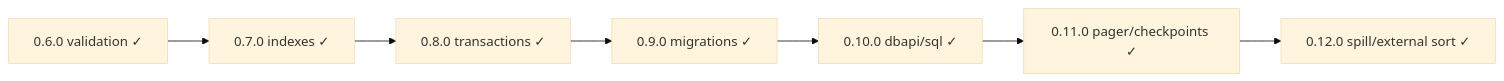
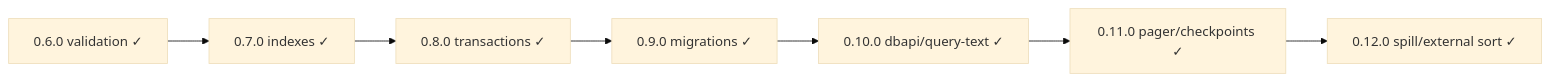
The first of 2 diagrams in ROADMAP.md (eddiethedean/typra), drawn with Mermaid (base theme) before and after one commit. The commit also changed other lines of this file and 3 other files, not shown here.

````diff
--- a/ROADMAP.md
+++ b/ROADMAP.md
@@ -53,11 +49,11 @@
 ```mermaid
 flowchart LR
   v060["0.6.0 validation ✓"]
   v070["0.7.0 indexes ✓"]
   v080["0.8.0 transactions ✓"]
   v090["0.9.0 migrations ✓"]
-  v100["0.10.0 dbapi/sql ✓"]
+  v100["0.10.0 dbapi/query-text ✓"]
   v110["0.11.0 pager/checkpoints ✓"]
   v120["0.12.0 spill/external sort ✓"]
   v060 --> v070 --> v080 --> v090 --> v100 --> v110 --> v120
 ```
````
